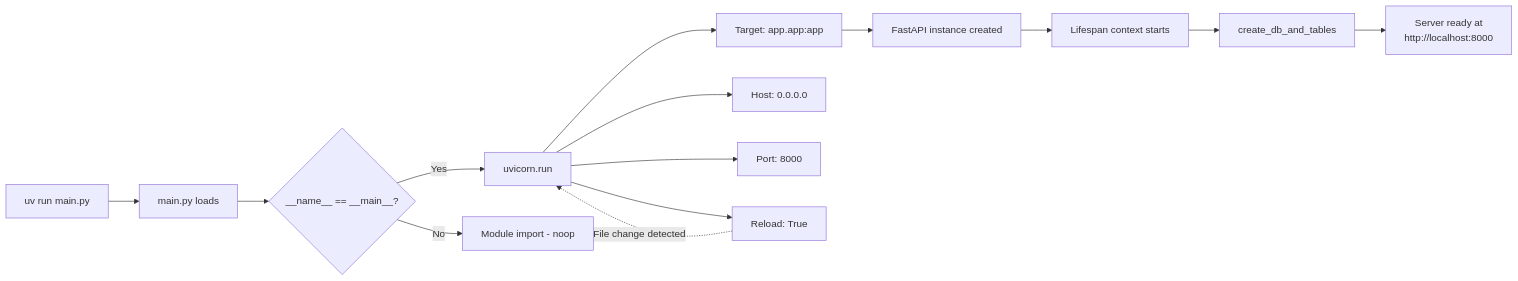
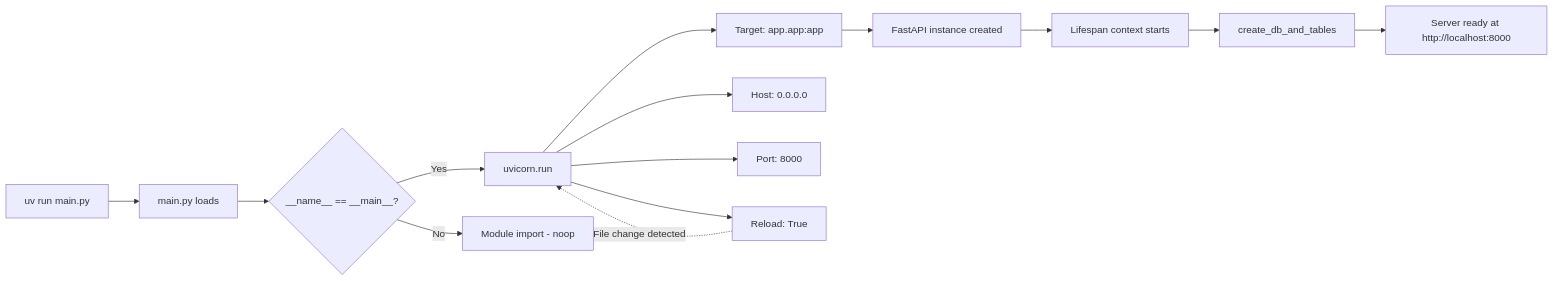
The eighth of 18 diagrams in README.md (kintsugi-programmer/kintsugi-stack-fastapi), drawn with Mermaid before and after one commit. The commit also changed other lines of this file and 1 other file, not shown here.

Commit message:
fix: remove br tags from mermaid diagrams for v11 compatibility

````diff
--- a/README.md
+++ b/README.md
@@ -347,19 +347,19 @@
 ```mermaid
 flowchart LR
     A[uv run main.py] --> B[main.py loads]
     B --> C{__name__ == __main__?}
     C -->|Yes| D[uvicorn.run]
     C -->|No| E[Module import - noop]
 
     D --> F[Target: app.app:app]
     D --> G[Host: 0.0.0.0]
     D --> H[Port: 8000]
     D --> I[Reload: True]
 
     F --> J[FastAPI instance created]
     J --> K[Lifespan context starts]
     K --> L[create_db_and_tables]
-    L --> M[Server ready at<br/>http://localhost:8000]
+    L --> M[Server ready at http://localhost:8000]
 
     I -.->|File change detected| D
 ```
````
